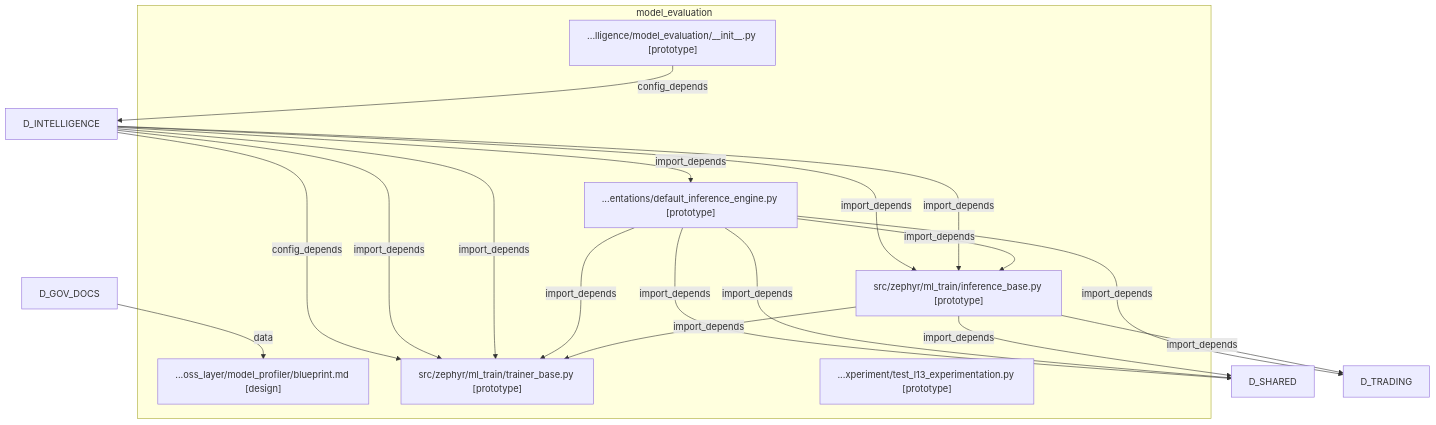
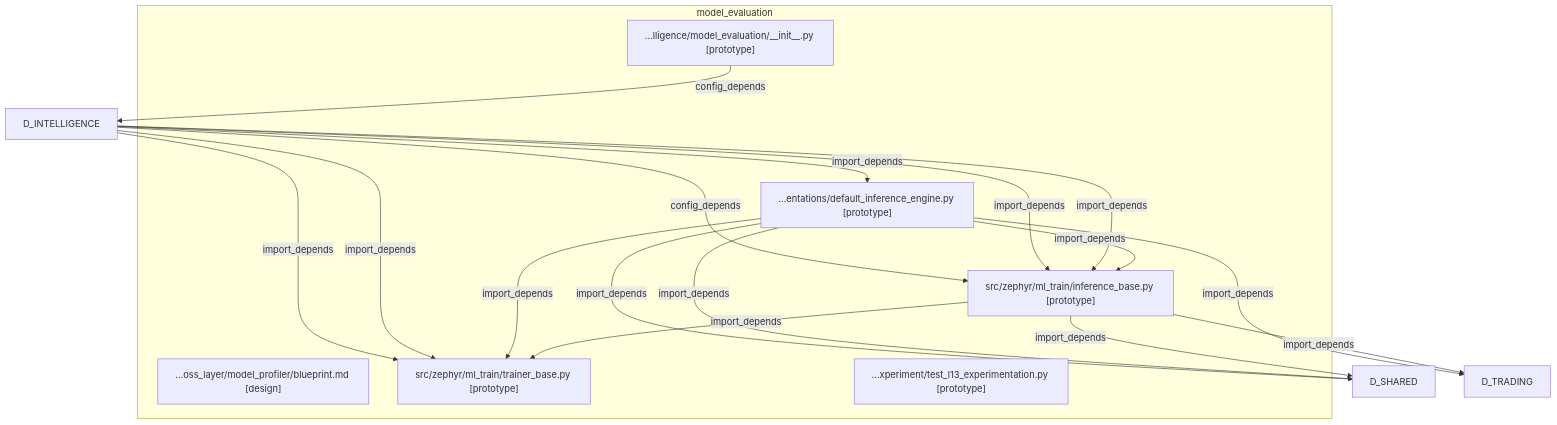
The diagram in docs/02_enterprise_architecture/generated/domains/d_ml_train_dependency.mmd (xuanFelixVan/ZephyrAlpha), drawn with Mermaid before and after one commit. The commit also changed 125 other files, not shown here.

```diff
--- a/docs/02_enterprise_architecture/generated/domains/d_ml_train_dependency.mmd
+++ b/docs/02_enterprise_architecture/generated/domains/d_ml_train_dependency.mmd
@@ -1,48 +1,46 @@
 %% D_ML_TRAIN 域全景依赖图
-%% 生成时间: 2026-07-17 11:28:16
+%% 生成时间: 2026-07-17 11:45:48
 %% 数据源: depgraph (PostgreSQL) nodes表 + edges表
-%% 模块数: 6, 依赖边数: 16
+%% 模块数: 6, 依赖边数: 15
 
 graph TD
 
     %% 域内模块（最多显示 100 个）
     subgraph D_ML_TRAIN[model_evaluation]
         docs_03_modules__cross_layer_model_profiler_blueprint_md["...oss_layer/model_profiler/blueprint.md [design]"]
         src_zephyr_intelligence_model_evaluation___init___py["...lligence/model_evaluation/__init__.py [prototype]"]
         src_zephyr_ml_train_implementa___default_inference_engine_py["...entations/default_inference_engine.py [prototype]"]
         src_zephyr_ml_train_inference_base_py["src/zephyr/ml_train/inference_base.py [prototype]"]
         src_zephyr_ml_train_trainer_base_py["src/zephyr/ml_train/trainer_base.py [prototype]"]
         tests_ml_experiment_test_l13_experimentation_py["...xperiment/test_l13_experimentation.py [prototype]"]
     end
 
     %% 域内依赖（最多显示 80 条）
     src_zephyr_ml_train_inference_base_py -->|import_depends| src_zephyr_ml_train_trainer_base_py
     src_zephyr_ml_train_implementa___default_inference_engine_py -->|import_depends| src_zephyr_ml_train_inference_base_py
     src_zephyr_ml_train_implementa___default_inference_engine_py -->|import_depends| src_zephyr_ml_train_trainer_base_py
 
     %% 跨域依赖（入）- 最多显示 30 条
-    %% D_GOV_DOCS -> D_ML_TRAIN (1 条)
-    D_GOV_DOCS[D_GOV_DOCS] -->|data| docs_03_modules__cross_layer_model_profiler_blueprint_md
     %% D_INTELLIGENCE -> D_ML_TRAIN (6 条)
     D_INTELLIGENCE[D_INTELLIGENCE] -->|import_depends| src_zephyr_ml_train_inference_base_py
     D_INTELLIGENCE[D_INTELLIGENCE] -->|import_depends| src_zephyr_ml_train_trainer_base_py
     D_INTELLIGENCE[D_INTELLIGENCE] -->|import_depends| src_zephyr_ml_train_inference_base_py
     D_INTELLIGENCE[D_INTELLIGENCE] -->|import_depends| src_zephyr_ml_train_trainer_base_py
     D_INTELLIGENCE[D_INTELLIGENCE] -->|import_depends| src_zephyr_ml_train_implementa___default_inference_engine_py
-    D_INTELLIGENCE[D_INTELLIGENCE] -->|config_depends| src_zephyr_ml_train_trainer_base_py
+    D_INTELLIGENCE[D_INTELLIGENCE] -->|config_depends| src_zephyr_ml_train_inference_base_py
 
     %% 跨域依赖（出）- 最多显示 30 条
     %% D_ML_TRAIN -> D_INTELLIGENCE (1 条)
     src_zephyr_intelligence_model_evaluation___init___py -->|config_depends| D_INTELLIGENCE[D_INTELLIGENCE]
     %% D_ML_TRAIN -> D_SHARED (3 条)
     src_zephyr_ml_train_inference_base_py -->|import_depends| D_SHARED[D_SHARED]
     src_zephyr_ml_train_implementa___default_inference_engine_py -->|import_depends| D_SHARED[D_SHARED]
     src_zephyr_ml_train_implementa___default_inference_engine_py -->|import_depends| D_SHARED[D_SHARED]
     %% D_ML_TRAIN -> D_TRADING (2 条)
     src_zephyr_ml_train_inference_base_py -->|import_depends| D_TRADING[D_TRADING]
     src_zephyr_ml_train_implementa___default_inference_engine_py -->|import_depends| D_TRADING[D_TRADING]
 
     %% 统计
     %% 域内依赖: 3 条
-    %% 跨域入边: 7 条
+    %% 跨域入边: 6 条
     %% 跨域出边: 6 条
```
